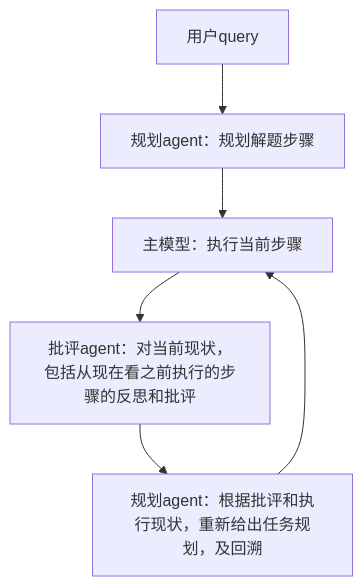
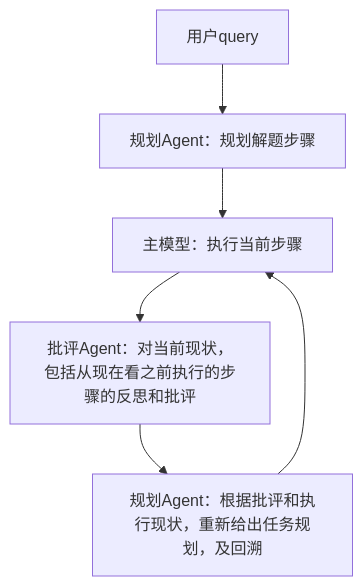
Before and after one commit to BZ-coding/O1: the diagram in README.md, drawn with Mermaid.

````diff
--- a/README.md
+++ b/README.md
@@ -24,8 +24,8 @@
 ```mermaid
 graph TD
-    用户query[用户query] --> 规划agent_0[规划agent：规划解题步骤]
+    用户query[用户query] --> 规划agent_0[规划Agent：规划解题步骤]
     规划agent_0 --> 主模型[主模型：执行当前步骤]
-    主模型 --> 批评agent[批评agent：对当前现状，包括从现在看之前执行的步骤的反思和批评]
-    批评agent --> 规划agent_1[规划agent：根据批评和执行现状，重新给出任务规划，及回溯]
+    主模型 --> 批评agent[批评Agent：对当前现状，包括从现在看之前执行的步骤的反思和批评]
+    批评agent --> 规划agent_1[规划Agent：根据批评和执行现状，重新给出任务规划，及回溯]
     规划agent_1 --> 主模型[主模型：执行当前步骤]
 ```
````
